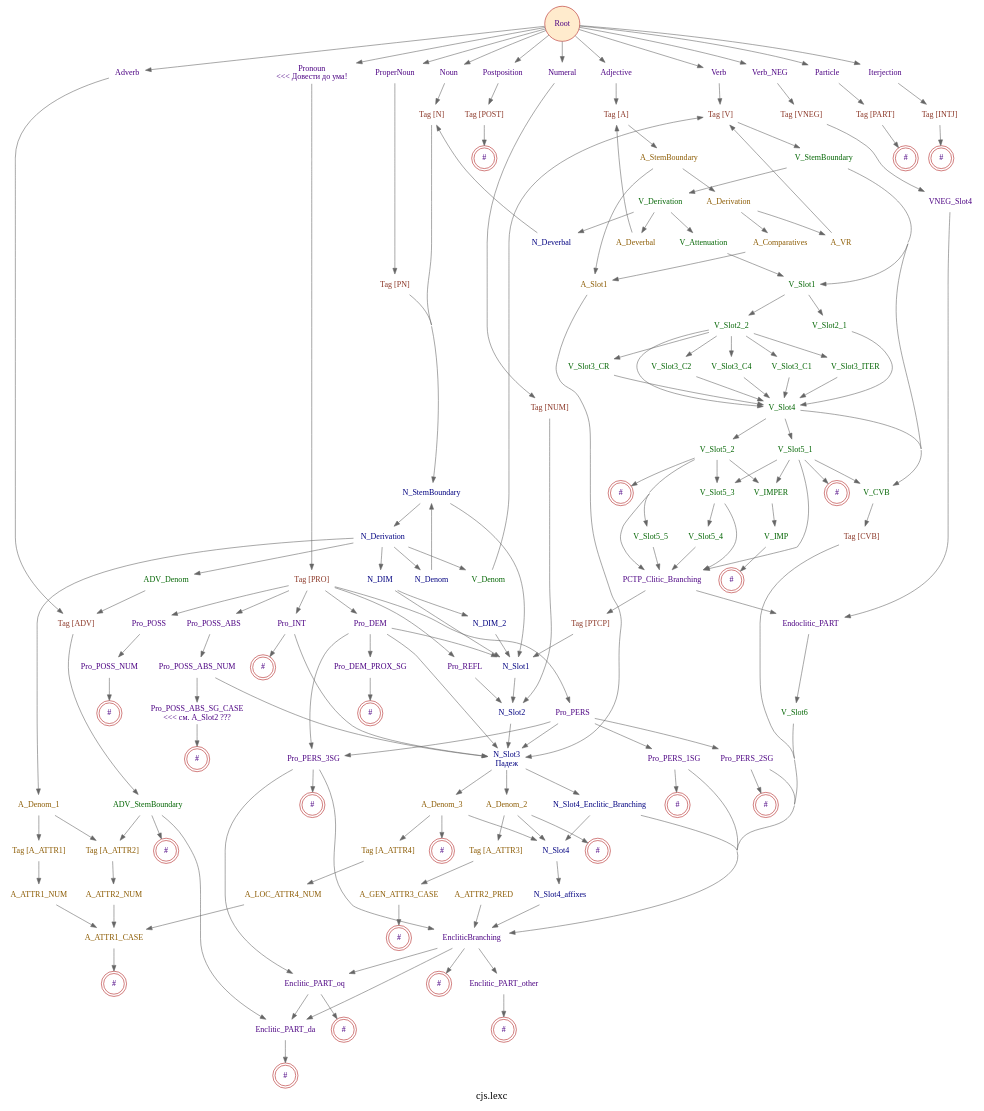
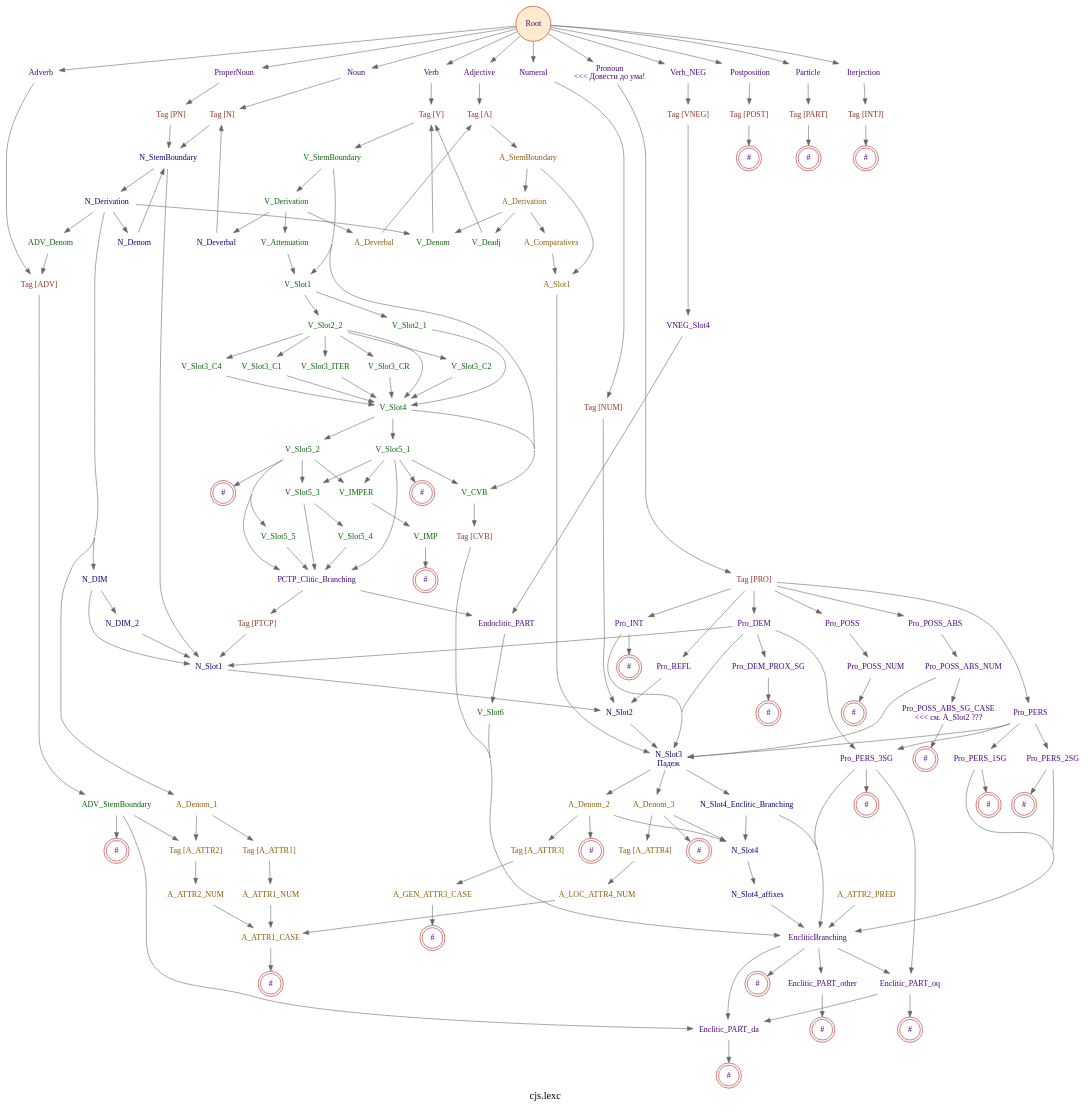
Before and after one commit to kyrill-shakhovtsov/cjs-morphology-fst: the diagram in doc/cjs.lexc.gv, drawn with Graphviz. The commit also changed 22 other files, not shown here.

```diff
--- a/doc/cjs.lexc.gv
+++ b/doc/cjs.lexc.gv
@@ -11,6 +11,15 @@
 		shape=none
 	];
 	edge [color=gray40];
+	subgraph Tags {
+		graph [rank=same];
+		Tag_N	[fontcolor=tomato4,
+			label="Tag [N]"];
+		Tag_V	[fontcolor=tomato4,
+			label="Tag [V]"];
+		Tag_A	[fontcolor=tomato4,
+			label="Tag [A]"];
+	}
 	subgraph POS {
 		graph [rank=same];
 		Noun	[label=Noun];
@@ -24,15 +33,6 @@
 		Adverb	[label=Adverb];
 		Particle	[label=Particle];
 		Iterjection	[label=Iterjection];
-	}
-	subgraph Tags {
-		graph [rank=same];
-		Tag_N	[fontcolor=tomato4,
-			label="Tag [N]"];
-		Tag_V	[fontcolor=tomato4,
-			label="Tag [V]"];
-		Tag_A	[fontcolor=tomato4,
-			label="Tag [A]"];
 	}
 	Root	[color=firebrick,
 		fillcolor=blanchedalmond,
@@ -336,12 +336,13 @@
 	A_Slot1	[fontcolor=orange4,
 		label=A_Slot1];
 	A_StemBoundary -> A_Slot1;
+	A_Derivation -> V_Denom;
 	A_Comparatives	[fontcolor=orange4,
 		label=A_Comparatives];
 	A_Derivation -> A_Comparatives;
-	A_VR	[fontcolor=orange4,
-		label=A_VR];
-	A_Derivation -> A_VR;
+	V_Deadj	[fontcolor=darkgreen,
+		label=V_Deadj];
+	A_Derivation -> V_Deadj;
 	A_Slot1 -> N_Slot3;
 	A_ATTR1_CASE	[fontcolor=orange4,
 		label=A_ATTR1_CASE];
@@ -360,7 +361,7 @@
 	A_GEN_ATTR3_CASE -> "A_GEN_ATTR3_CASE_#";
 	A_LOC_ATTR4_NUM -> A_ATTR1_CASE;
 	A_Comparatives -> A_Slot1;
-	A_VR -> Tag_V;
+	V_Deadj -> Tag_V;
 	Pro_PERS	[label=Pro_PERS];
 	Tag_PRO -> Pro_PERS;
 	Pro_POSS	[label=Pro_POSS];
```
